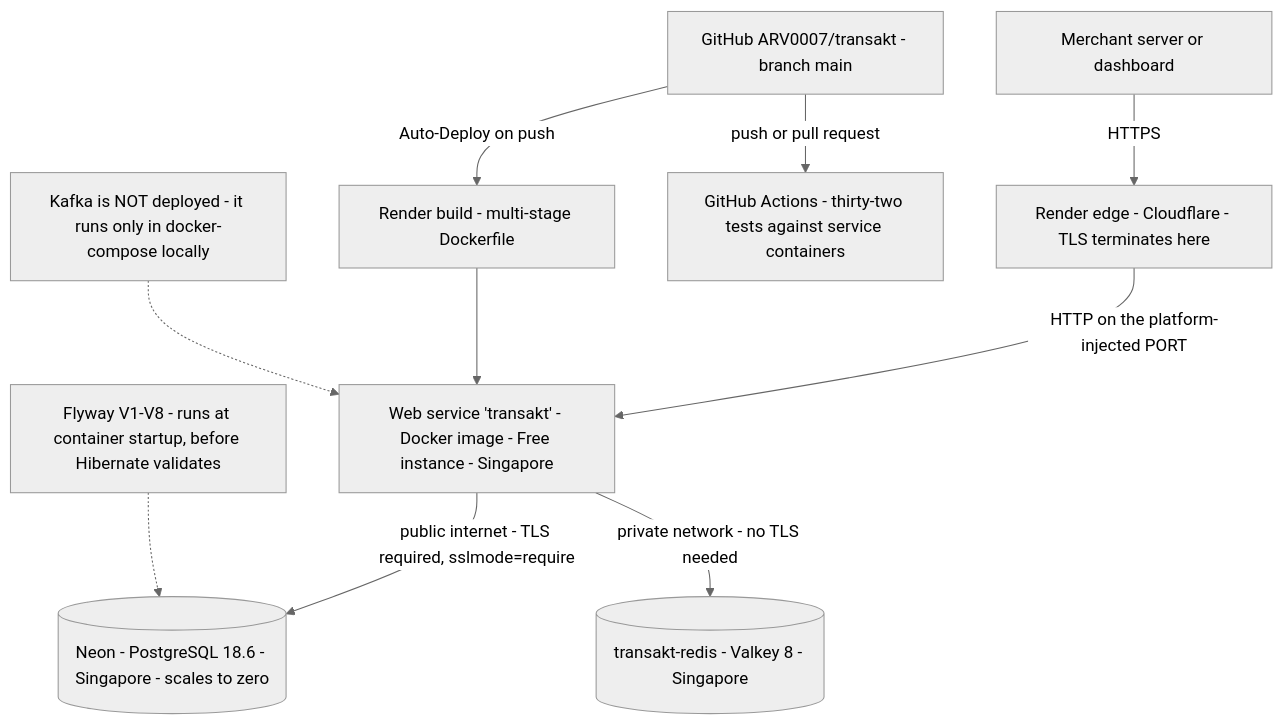
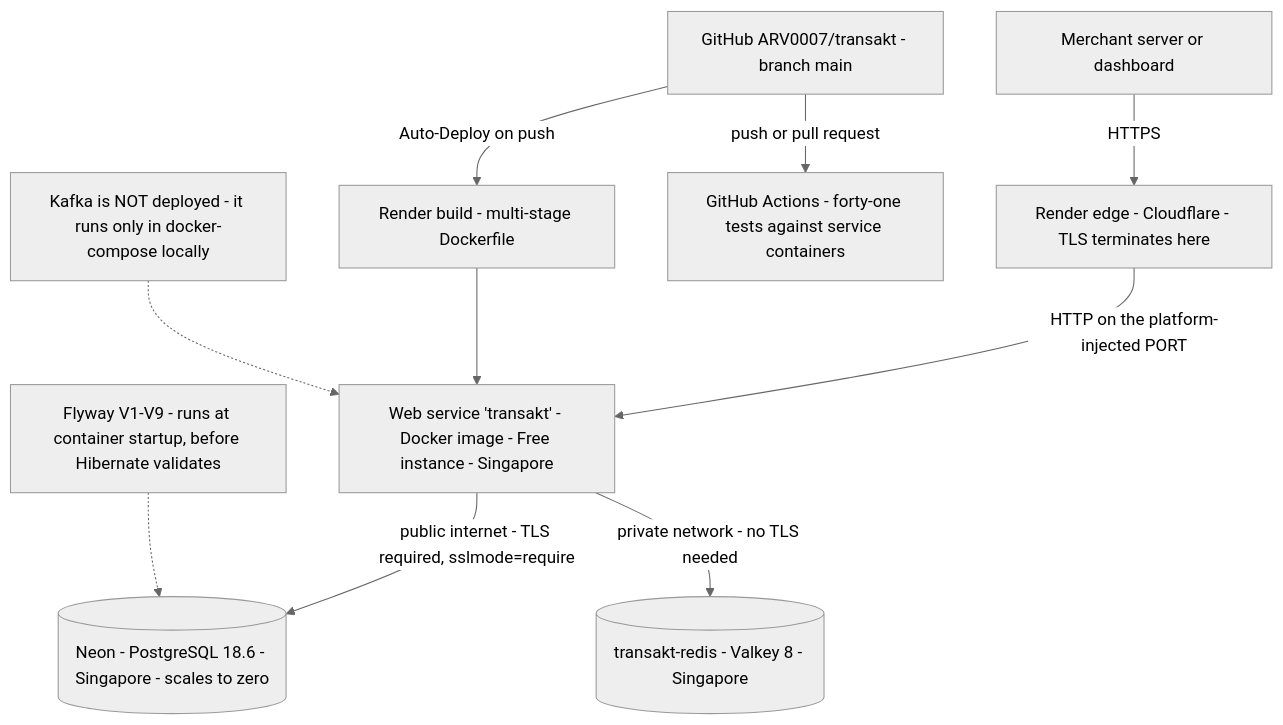
One commit to ARV0007/transakt changed the first of 3 diagrams in docs/architecture.md. Above: the diagram before and after it, drawn with Mermaid (neutral theme). The commit also changed other lines of this file and 4 other files, not shown here.

Commit message:
docs: Day 24 — event ids, retention, webhook endpoint; architecture to v1.8

````diff
--- a/docs/architecture.md
+++ b/docs/architecture.md
@@ -9,13 +9,13 @@
 ```mermaid
 flowchart TD
   client[Merchant server or dashboard]
   client -->|HTTPS| edge[Render edge - Cloudflare - TLS terminates here]
   edge -->|HTTP on the platform-injected PORT| app[Web service 'transakt' - Docker image - Free instance - Singapore]
   app -->|public internet - TLS required, sslmode=require| pg[(Neon - PostgreSQL 18.6 - Singapore - scales to zero)]
   app -->|private network - no TLS needed| kv[(transakt-redis - Valkey 8 - Singapore)]
   gh[GitHub ARV0007/transakt - branch main] -->|Auto-Deploy on push| build[Render build - multi-stage Dockerfile]
-  gh -->|push or pull request| ci[GitHub Actions - thirty-two tests against service containers]
+  gh -->|push or pull request| ci[GitHub Actions - forty-one tests against service containers]
   build --> app
-  flyway[Flyway V1-V8 - runs at container startup, before Hibernate validates] -.-> pg
+  flyway[Flyway V1-V9 - runs at container startup, before Hibernate validates] -.-> pg
   note[Kafka is NOT deployed - it runs only in docker-compose locally] -.-> app
 ```
````
